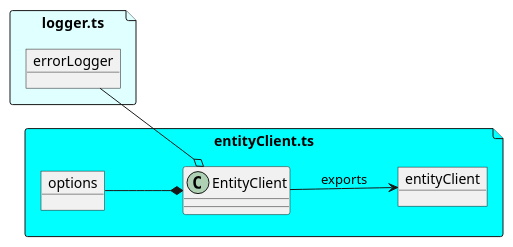
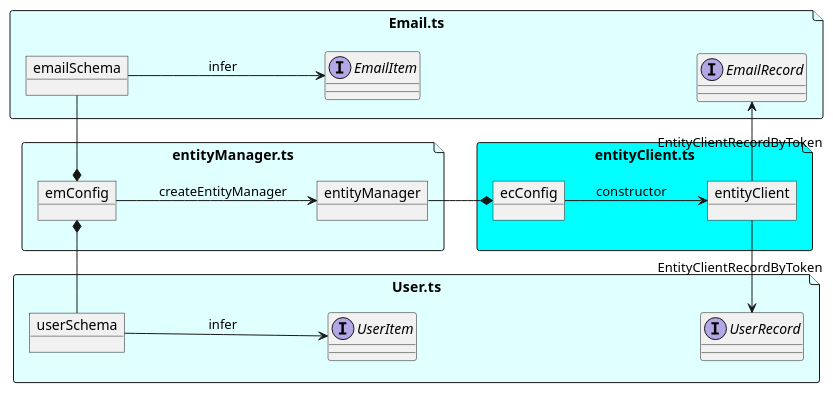
Before and after one commit to karmaniverous/entity-manager-demo: the diagram in diagrams/entityClient.pu, drawn with PlantUML. The commit also changed 1 other file, not shown here.

Commit message:
updated diagram

```diff
--- a/diagrams/entityClient.pu
+++ b/diagrams/entityClient.pu
@@ -1,23 +1,47 @@
-@startuml entityClient
-
-allowmixing
+@startuml entityManager
 
 left to right direction
 
-file "logger.ts" as loggerTs #LightCyan {
-    object errorLogger
+file "entityClient.ts" as entityClientTs #Cyan {
+    object ecConfig
+    object entityClient
+
+    ecConfig --> entityClient: constructor
 }
 
-file "entityClient.ts" as entityClientTs #cyan {
-    object options
-    class EntityClient
+file "User.ts" as UserTs #LightCyan {
+    object userSchema
+    interface UserItem
+    interface UserRecord
 
-    errorLogger --o EntityClient
-    options --* EntityClient
+    userSchema --> UserItem: infer
+    UserItem -[hidden]--> UserRecord
 
-    object entityClient
-
-    EntityClient --> entityClient: exports
+    UserRecord <- entityClient : EntityClientRecordByToken
 }
 
+file "Email.ts" as EmailTs #LightCyan {
+    object emailSchema
+    interface EmailItem
+    interface EmailRecord
+
+    emailSchema --> EmailItem  : infer
+    EmailItem -[hidden]--> EmailRecord
+
+    EmailRecord <- entityClient : EntityClientRecordByToken
+}
+
+file "entityManager.ts" as entityManagerTs #LightCyan {
+    object emConfig
+
+    userSchema -* emConfig
+    emailSchema -* emConfig
+
+    object entityManager
+
+    emConfig --> entityManager: createEntityManager
+}
+
+entityManager --* ecConfig
+
 @enduml
```
